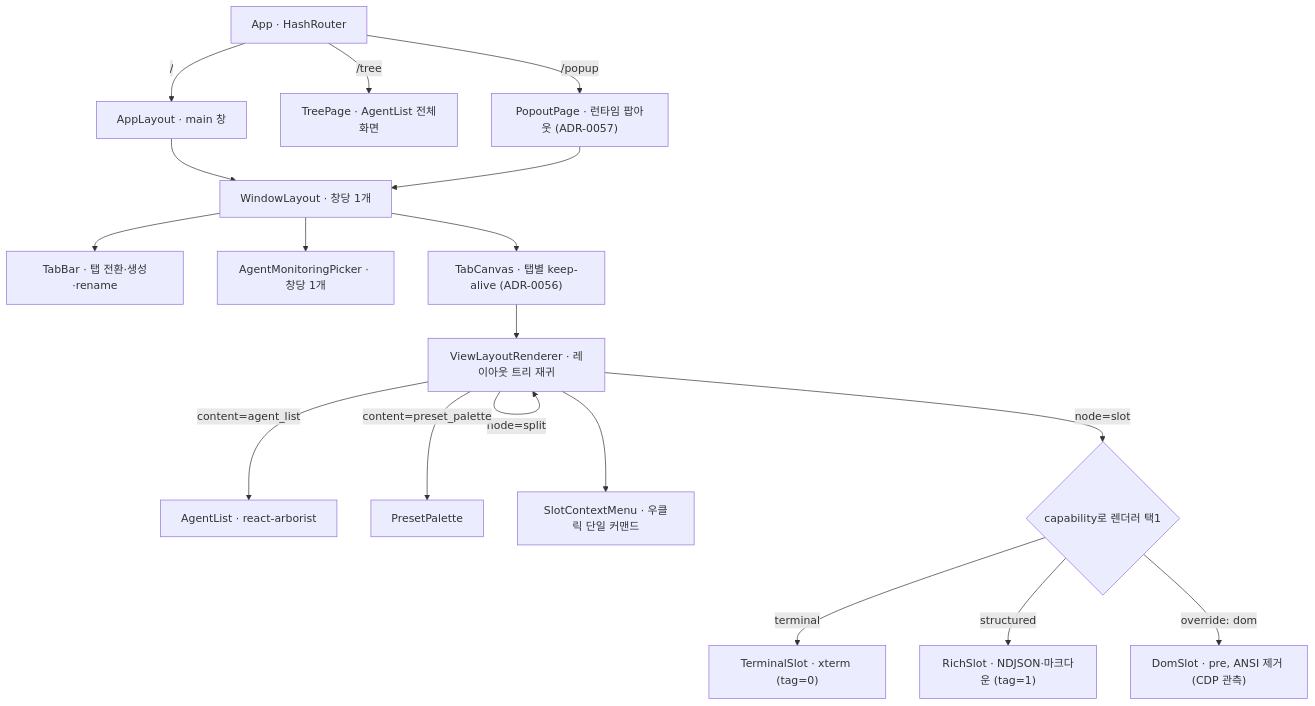
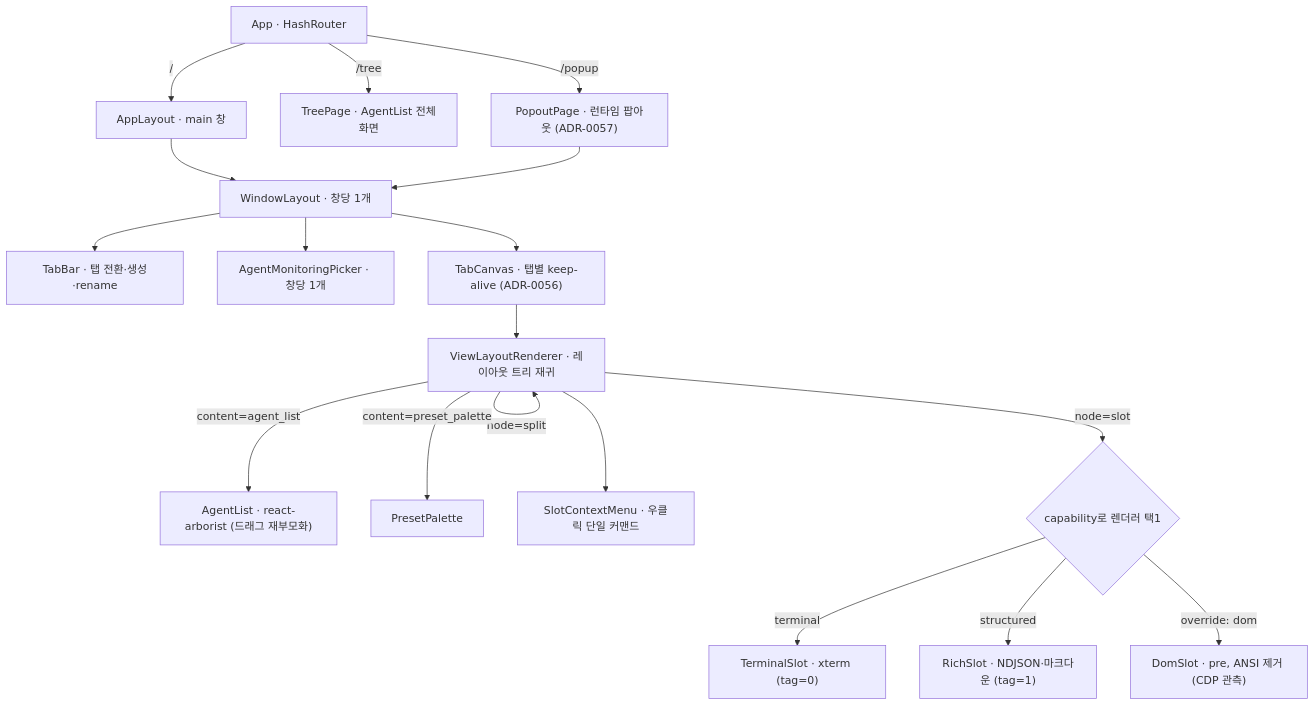
Before and after one commit to kimsunzun/engram-dashboard: the tenth of 18 diagrams in docs/reference/architecture-overview.md, drawn with Mermaid. The commit also changed other lines of this file, not shown here.

````diff
--- a/docs/reference/architecture-overview.md
+++ b/docs/reference/architecture-overview.md
@@ -274,22 +355,22 @@
 ```mermaid
 flowchart TD
   App["App · HashRouter"]
   App -->|"/"| AL0["AppLayout · main 창"]
   App -->|"/tree"| TP["TreePage · AgentList 전체화면"]
   App -->|"/popup"| PO["PopoutPage · 런타임 팝아웃 (ADR-0057)"]
 
   AL0 --> WLnode["WindowLayout · 창당 1개"]
   PO --> WLnode
   WLnode --> TB["TabBar · 탭 전환·생성·rename"]
   WLnode --> AMP["AgentMonitoringPicker · 창당 1개"]
   WLnode --> TC["TabCanvas · 탭별 keep-alive (ADR-0056)"]
   TC --> VLR["ViewLayoutRenderer · 레이아웃 트리 재귀"]
   VLR -->|"node=split"| VLR
   VLR -->|"node=slot"| CAP{"capability로 렌더러 택1"}
   CAP -->|"terminal"| TS["TerminalSlot · xterm (tag=0)"]
   CAP -->|"structured"| RS["RichSlot · NDJSON·마크다운 (tag=1)"]
   CAP -->|"override: dom"| DS["DomSlot · pre, ANSI 제거 (CDP 관측)"]
-  VLR -->|"content=agent_list"| ALa["AgentList · react-arborist"]
+  VLR -->|"content=agent_list"| ALa["AgentList · react-arborist (드래그 재부모화)"]
   VLR -->|"content=preset_palette"| PP["PresetPalette"]
   VLR --> SCM["SlotContextMenu · 우클릭 단일 커맨드"]
 ```
````
